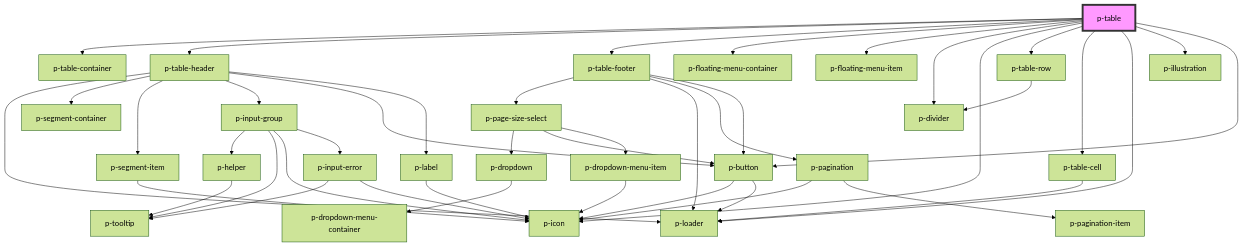
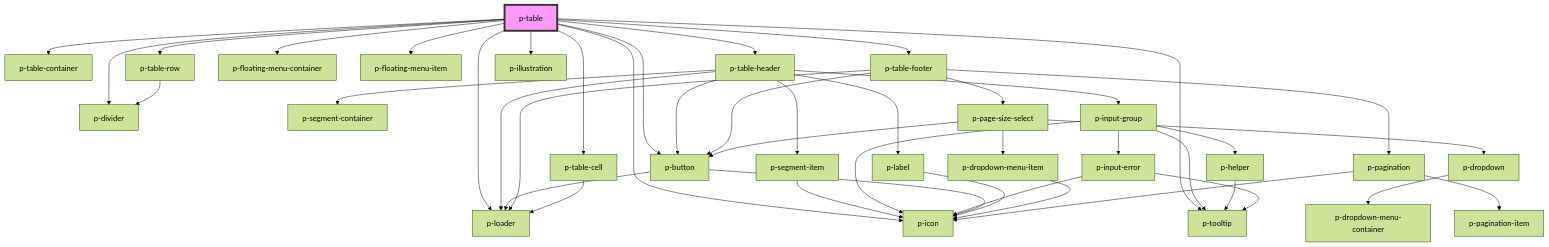
Before and after one commit to Employes/paperless: the diagram in packages/core/src/components/organisms/table/readme.md, drawn with Mermaid (forest theme). The commit also changed other lines of this file and 11 other files, not shown here.

````diff
--- a/packages/core/src/components/organisms/table/readme.md
+++ b/packages/core/src/components/organisms/table/readme.md
@@ -94,46 +95,47 @@
 ```mermaid
 graph TD;
   p-table --> p-table-container
   p-table --> p-table-header
   p-table --> p-table-footer
   p-table --> p-floating-menu-container
   p-table --> p-floating-menu-item
   p-table --> p-divider
   p-table --> p-icon
   p-table --> p-table-row
   p-table --> p-table-cell
+  p-table --> p-tooltip
+  p-table --> p-button
   p-table --> p-loader
   p-table --> p-illustration
-  p-table --> p-button
   p-table-header --> p-loader
   p-table-header --> p-segment-container
   p-table-header --> p-segment-item
   p-table-header --> p-input-group
   p-table-header --> p-button
   p-table-header --> p-label
   p-segment-item --> p-icon
   p-input-group --> p-helper
   p-input-group --> p-tooltip
   p-input-group --> p-icon
   p-input-group --> p-input-error
   p-helper --> p-tooltip
   p-input-error --> p-tooltip
   p-input-error --> p-icon
   p-button --> p-icon
   p-button --> p-loader
   p-label --> p-icon
   p-table-footer --> p-page-size-select
   p-table-footer --> p-loader
   p-table-footer --> p-pagination
   p-table-footer --> p-button
   p-page-size-select --> p-dropdown
   p-page-size-select --> p-button
   p-page-size-select --> p-dropdown-menu-item
   p-dropdown --> p-dropdown-menu-container
   p-dropdown-menu-item --> p-icon
   p-pagination --> p-icon
   p-pagination --> p-pagination-item
   p-table-row --> p-divider
   p-table-cell --> p-loader
   style p-table fill:#f9f,stroke:#333,stroke-width:4px
 ```
````
